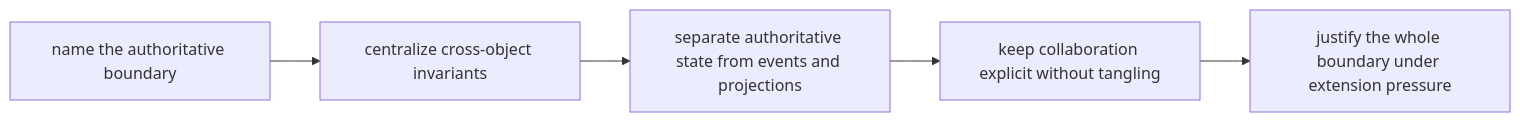
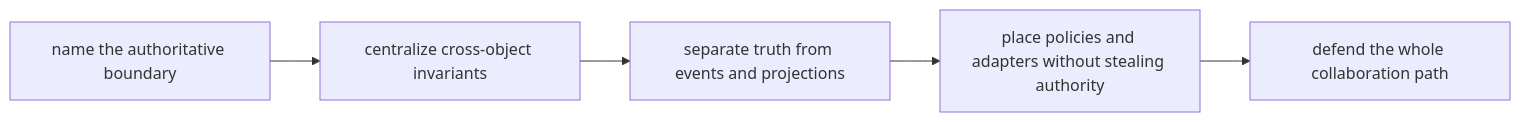
Before and after one commit to bijux/bijux-masterclass: the second of 2 diagrams in programs/python-programming/python-object-oriented-programming/course-book/module-04-aggregates-events-collaboration-boundaries/exercises.md, drawn with Mermaid. The commit also changed other lines of this file, not shown here.

Commit message:
docs(oop): turn module 04 exercises into an authority lab

````diff
--- a/programs/python-programming/python-object-oriented-programming/course-book/module-04-aggregates-events-collaboration-boundaries/exercises.md
+++ b/programs/python-programming/python-object-oriented-programming/course-book/module-04-aggregates-events-collaboration-boundaries/exercises.md
@@ -18,7 +18,7 @@
 ```mermaid
 flowchart LR
   authority["name the authoritative boundary"] --> invariant["centralize cross-object invariants"]
-  invariant --> event["separate authoritative state from events and projections"]
-  event --> collaborate["keep collaboration explicit without tangling"]
-  collaborate --> review["justify the whole boundary under extension pressure"]
+  invariant --> event["separate truth from events and projections"]
+  event --> seams["place policies and adapters without stealing authority"]
+  seams --> review["defend the whole collaboration path"]
 ```
````
